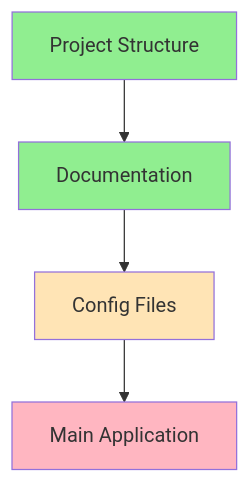
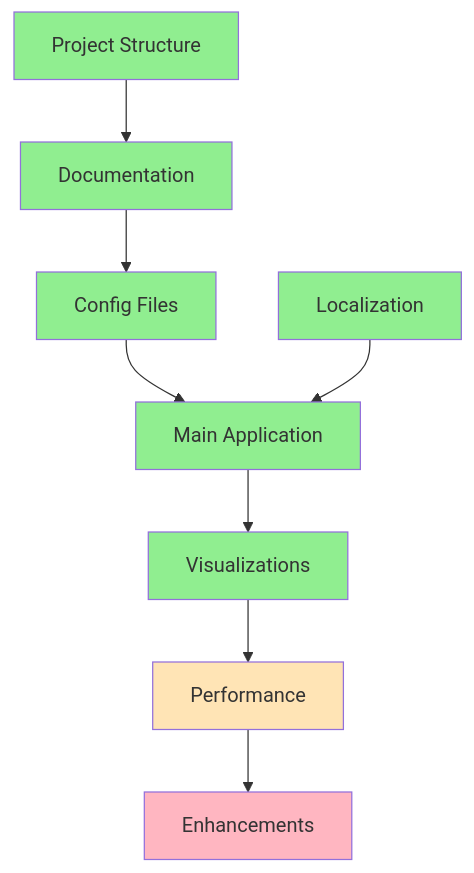
Before and after one commit to gjlp25/Finances: the diagram in memory-bank/progress.md, drawn with Mermaid. The commit also changed other lines of this file and 7 other files, not shown here.

Commit message:
Refactor README and project documentation for Dutch language support; enhance main application with improved transaction handling and category management features.

````diff
--- a/memory-bank/progress.md
+++ b/memory-bank/progress.md
@@ -14,15 +16,23 @@
 ```mermaid
 flowchart TD
     classDef done fill:#90EE90
     classDef inProgress fill:#FFE4B5
     classDef todo fill:#FFB6C1
 
     S[Project Structure]:::done
     D[Documentation]:::done
-    C[Config Files]:::inProgress
-    M[Main Application]:::todo
+    C[Config Files]:::done
+    M[Main Application]:::done
+    V[Visualizations]:::done
+    P[Performance]:::inProgress
+    E[Enhancements]:::todo
+    L[Localization]:::done
 
     S --> D
     D --> C
     C --> M
+    M --> V
+    V --> P
+    P --> E
+    L --> M
 ```
````
